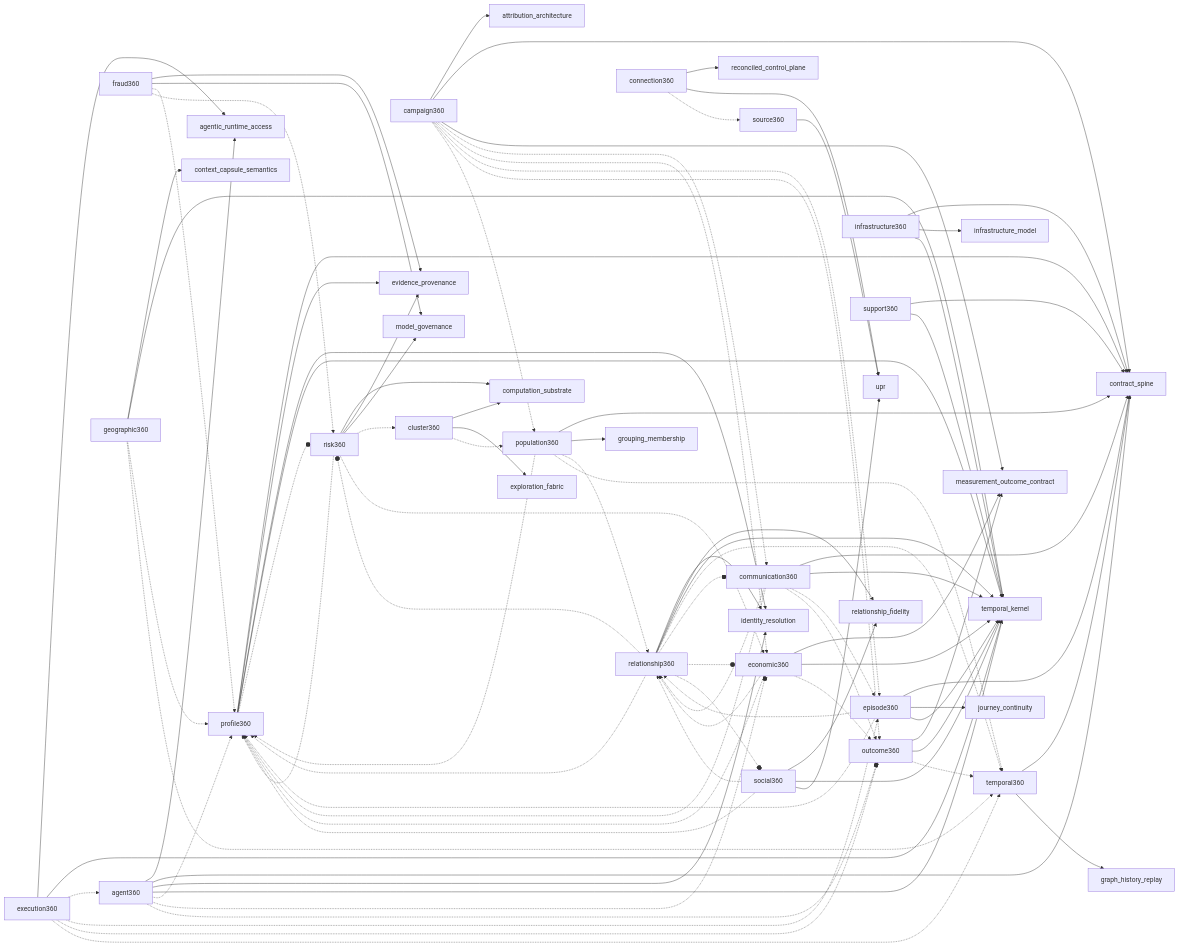
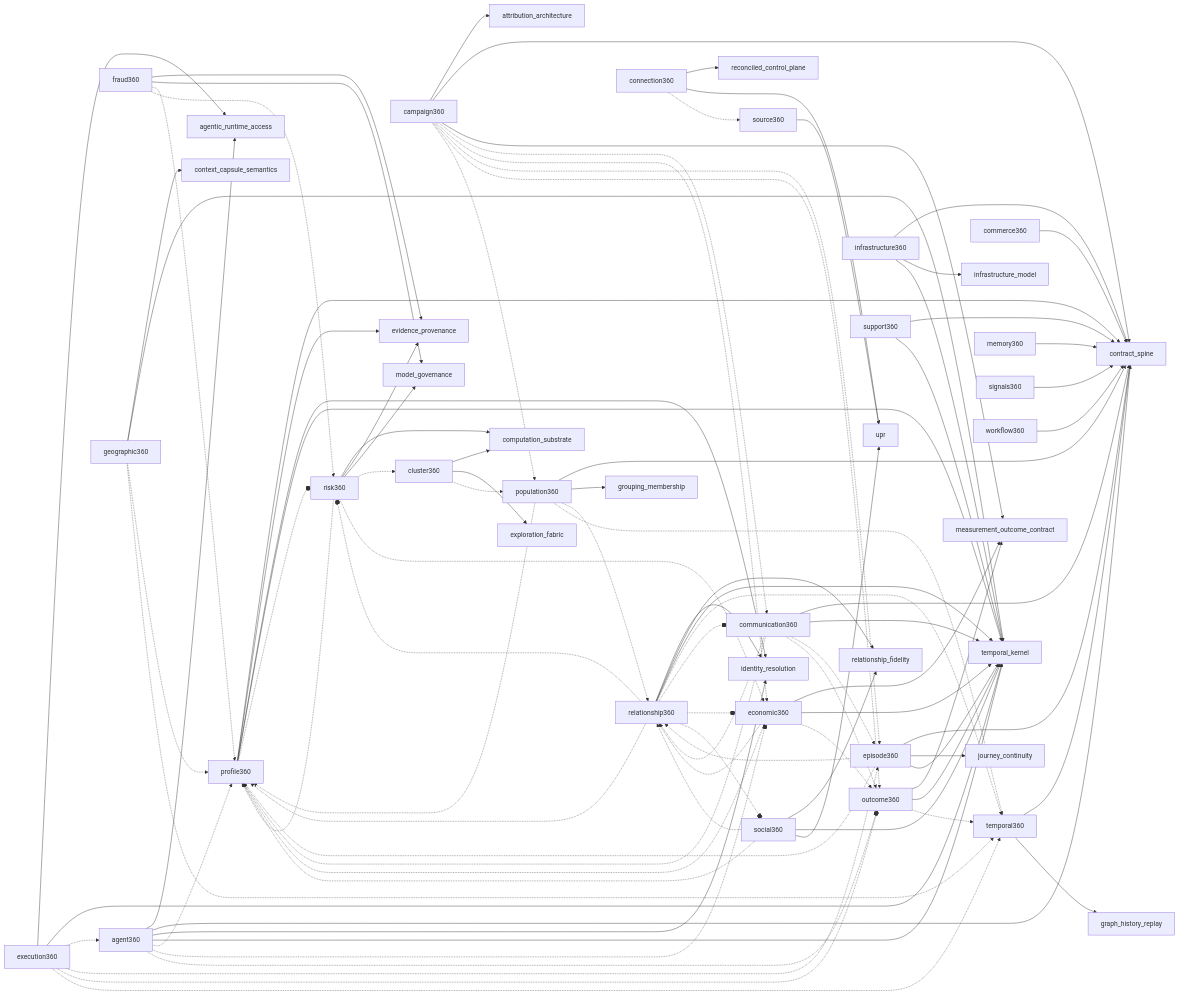
Before and after one commit to DammnThatsCrazy/AETHER: the diagram in docs/_generated/intelligence-projection-dependency-graph.md, drawn with Mermaid. The commit also changed 95 other files, not shown here.

````diff
--- a/docs/_generated/intelligence-projection-dependency-graph.md
+++ b/docs/_generated/intelligence-projection-dependency-graph.md
@@ -29,6 +29,7 @@
   cluster360 --> computation_substrate
   cluster360 --> exploration_fabric
   cluster360 -.-> population360
+  commerce360 --> contract_spine
   communication360 --> contract_spine
   communication360 --> temporal_kernel
   communication360 -.-> episode360
@@ -65,6 +66,7 @@
   infrastructure360 --> contract_spine
   infrastructure360 --> infrastructure_model
   infrastructure360 --> temporal_kernel
+  memory360 --> contract_spine
   outcome360 --> measurement_outcome_contract
   outcome360 --> temporal_kernel
   outcome360 -.-> temporal360
@@ -93,6 +95,7 @@
   risk360 -.-> cluster360
   risk360 -.-> economic360
   risk360 -.-> profile360
+  signals360 --> contract_spine
   social360 --> relationship_fidelity
   social360 --> temporal_kernel
   social360 --> upr
@@ -103,4 +106,5 @@
   support360 --> temporal_kernel
   temporal360 --> contract_spine
   temporal360 --> graph_history_replay
+  workflow360 --> contract_spine
 ```
````
